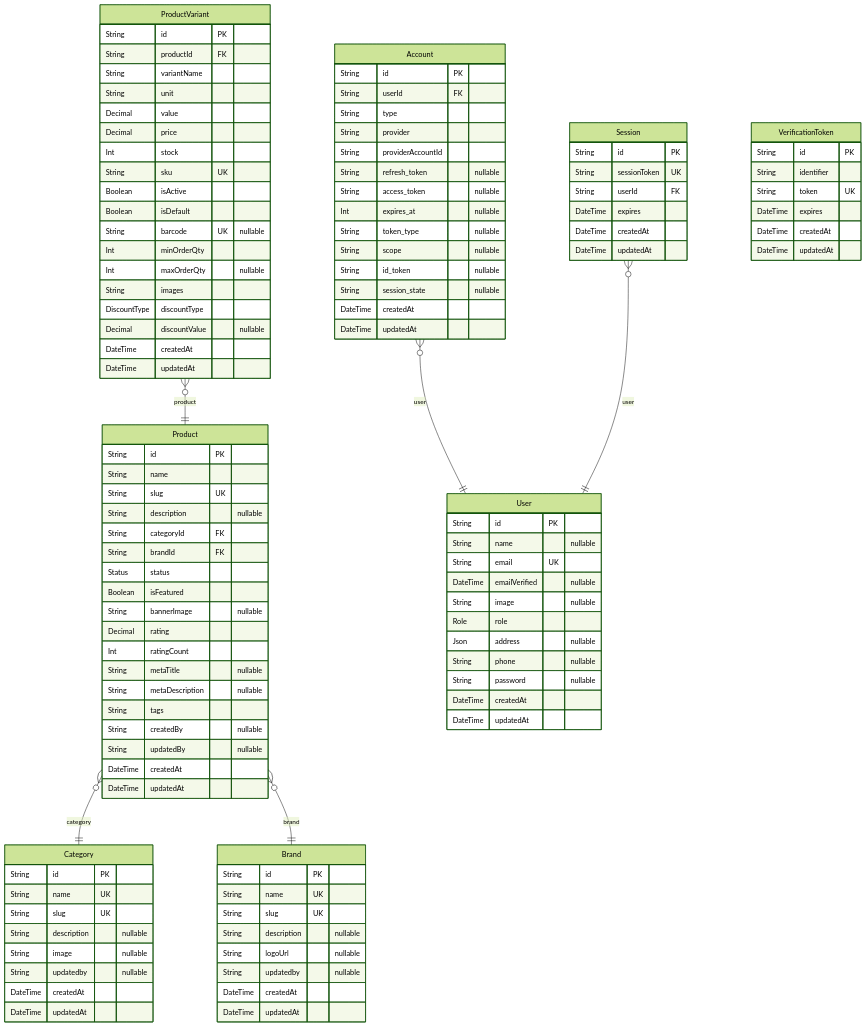
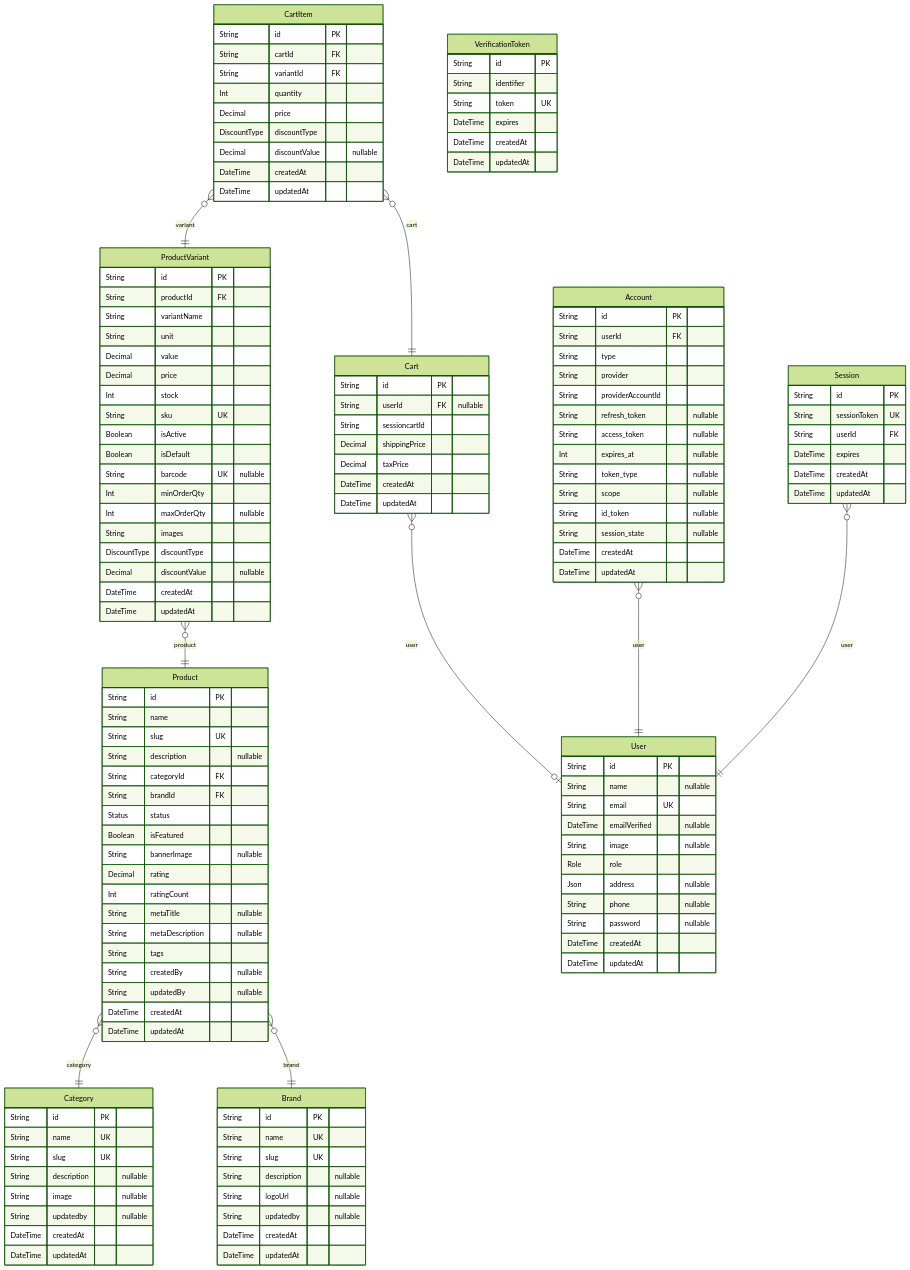
Before and after one commit to jjaijg/ssb-store: the diagram in prisma/ERD.md, drawn with Mermaid (forest theme). The commit also changed other lines of this file and 4 other files, not shown here.

````diff
--- a/prisma/ERD.md
+++ b/prisma/ERD.md
@@ -7,5 +7,25 @@
 ```mermaid
 erDiagram
+"Cart" {
+  String id PK
+  String userId FK "nullable"
+  String sessioncartId
+  Decimal shippingPrice
+  Decimal taxPrice
+  DateTime createdAt
+  DateTime updatedAt
+}
+"CartItem" {
+  String id PK
+  String cartId FK
+  String variantId FK
+  Int quantity
+  Decimal price
+  DiscountType discountType
+  Decimal discountValue "nullable"
+  DateTime createdAt
+  DateTime updatedAt
+}
 "Category" {
   String id PK
   String name UK
@@ -111,6 +131,9 @@
   DateTime createdAt
   DateTime updatedAt
 }
+"Cart" }o--o| "User" : user
+"CartItem" }o--|| "Cart" : cart
+"CartItem" }o--|| "ProductVariant" : variant
 "Product" }o--|| "Category" : category
 "Product" }o--|| "Brand" : brand
 "ProductVariant" }o--|| "Product" : product
````
